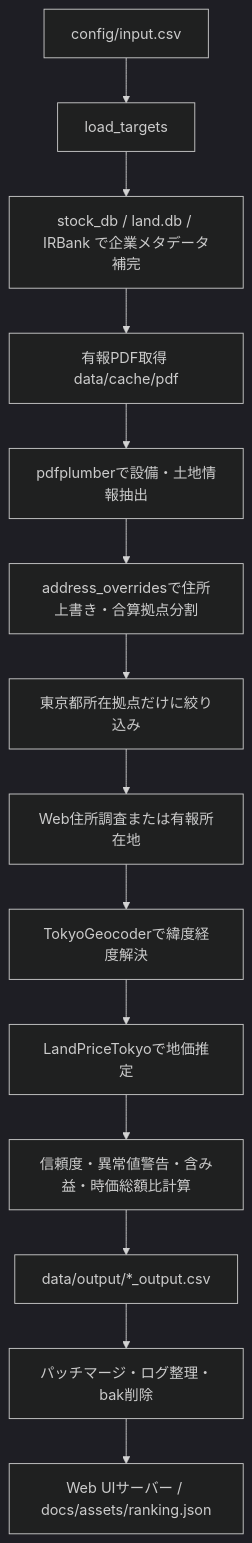
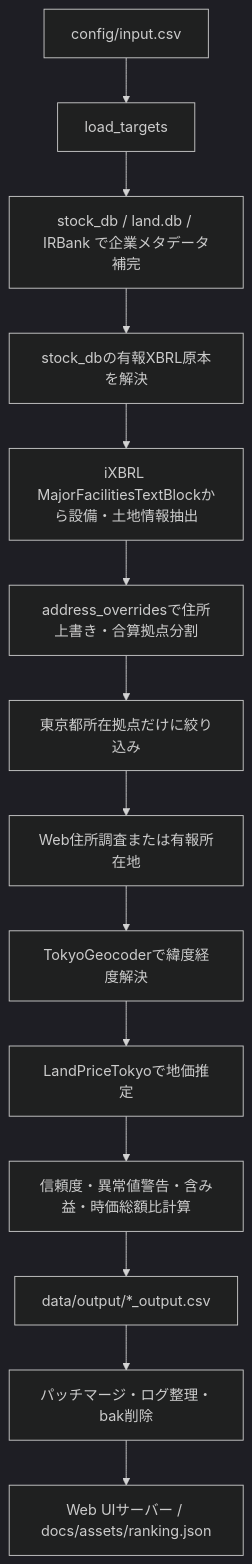
Before and after one commit to expgolemclone/land_value_research: the diagram in ARCHITECTURE.md, drawn with Mermaid (dark theme). The commit also changed other lines of this file and 9 other files, not shown here.

First line of the commit message:
Migrate facilities extraction to EDINET XBRL

````diff
--- a/ARCHITECTURE.md
+++ b/ARCHITECTURE.md
@@ -198,16 +198,16 @@
 ```mermaid
 flowchart TD
     A[config/input.csv] --> B[load_targets]
     B --> C[stock_db / land.db / IRBank で企業メタデータ補完]
-    C --> D[有報PDF取得 data/cache/pdf]
-    D --> E[pdfplumberで設備・土地情報抽出]
+    C --> D[stock_dbの有報XBRL原本を解決]
+    D --> E[iXBRL MajorFacilitiesTextBlockから設備・土地情報抽出]
     E --> F[address_overridesで住所上書き・合算拠点分割]
     F --> G[東京都所在拠点だけに絞り込み]
     G --> H[Web住所調査または有報所在地]
     H --> I[TokyoGeocoderで緯度経度解決]
     I --> J[LandPriceTokyoで地価推定]
     J --> K[信頼度・異常値警告・含み益・時価総額比計算]
     K --> L[data/output/*_output.csv]
     L --> M[パッチマージ・ログ整理・bak削除]
     M --> N[Web UIサーバー / docs/assets/ranking.json]
 ```
````
